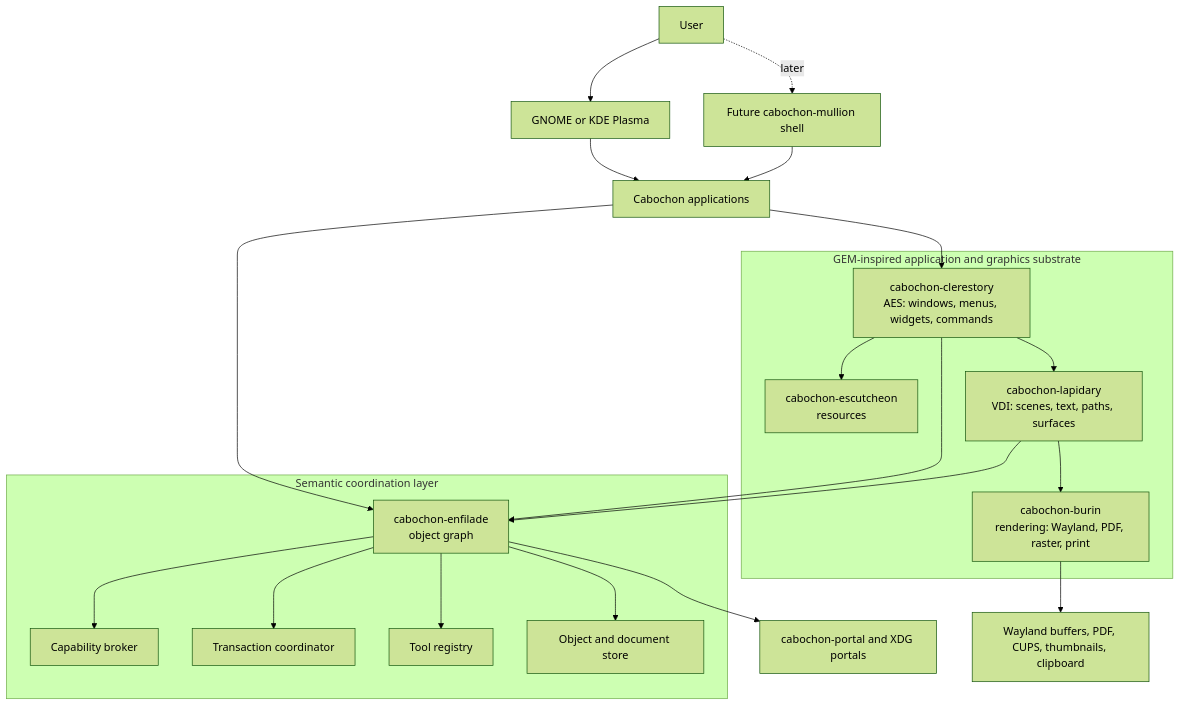
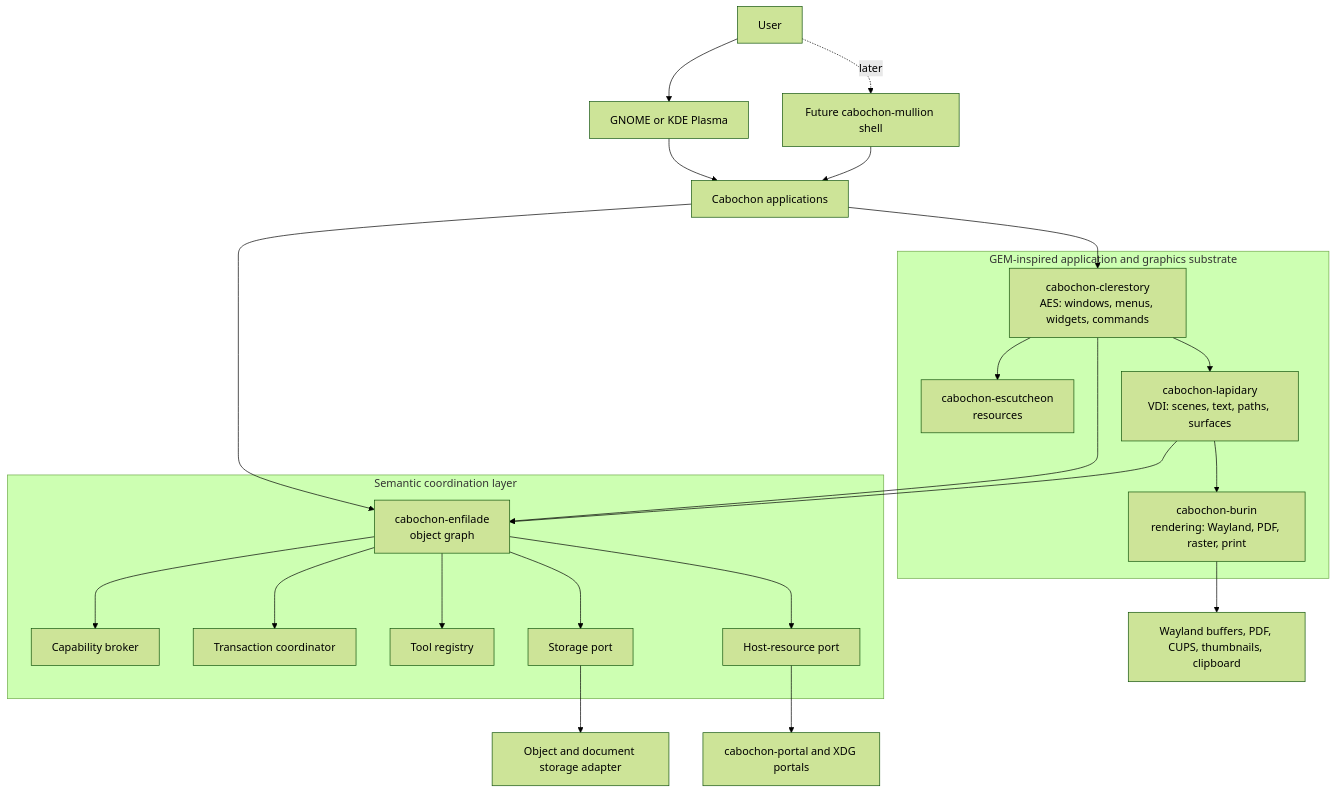
Before and after one commit to leynos/cabochon: the diagram in docs/cabochon-design.md, drawn with Mermaid (forest theme). The commit also changed other lines of this file and 5 other files, not shown here.

````diff
--- a/docs/cabochon-design.md
+++ b/docs/cabochon-design.md
@@ -161,46 +162,50 @@
 ```mermaid
 flowchart TB
     User[User]
     Host[GNOME or KDE Plasma]
     Mullion["Future cabochon-mullion shell"]
     Apps[Cabochon applications]
 
     subgraph GEM["GEM-inspired application and graphics substrate"]
         Clerestory["cabochon-clerestory<br>AES: windows, menus, widgets, commands"]
         Escutcheon["cabochon-escutcheon<br>resources"]
         Lapidary["cabochon-lapidary<br>VDI: scenes, text, paths, surfaces"]
         Burin["cabochon-burin<br>rendering: Wayland, PDF, raster, print"]
     end
 
     subgraph Semantic["Semantic coordination layer"]
         Enfilade["cabochon-enfilade<br>object graph"]
         Capabilities[Capability broker]
         Transactions[Transaction coordinator]
         Tools[Tool registry]
-        Store[Object and document store]
+        StoragePort[Storage port]
+        PortalPort[Host-resource port]
     end
 
+    Store[Object and document storage adapter]
     Portals["cabochon-portal and XDG portals"]
     Outputs["Wayland buffers, PDF, CUPS, thumbnails, clipboard"]
 
     User --> Host
     User -. later .-> Mullion
     Host --> Apps
     Mullion --> Apps
 
     Apps --> Clerestory
     Clerestory --> Escutcheon
     Clerestory --> Lapidary
     Lapidary --> Burin
     Burin --> Outputs
 
     Apps --> Enfilade
     Clerestory --> Enfilade
     Lapidary --> Enfilade
 
     Enfilade --> Capabilities
     Enfilade --> Transactions
     Enfilade --> Tools
-    Enfilade --> Store
-    Enfilade --> Portals
+    Enfilade --> StoragePort
+    Enfilade --> PortalPort
+    StoragePort --> Store
+    PortalPort --> Portals
 ```
````
